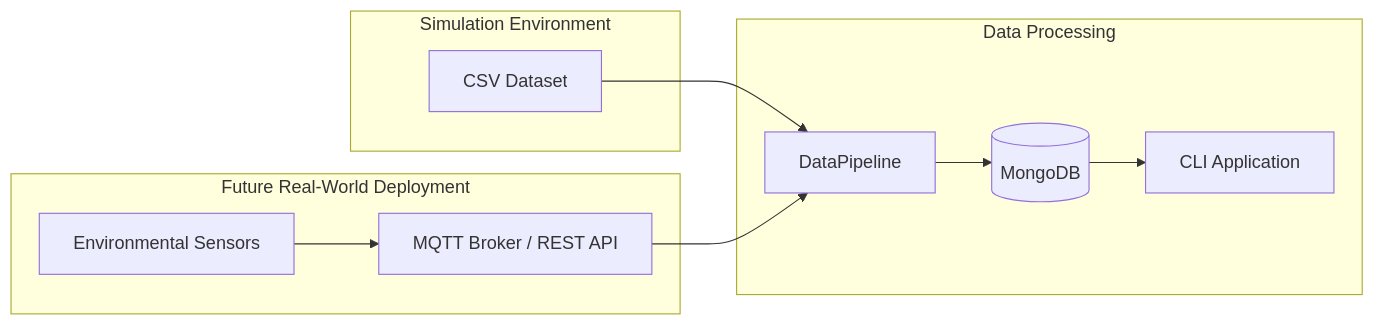
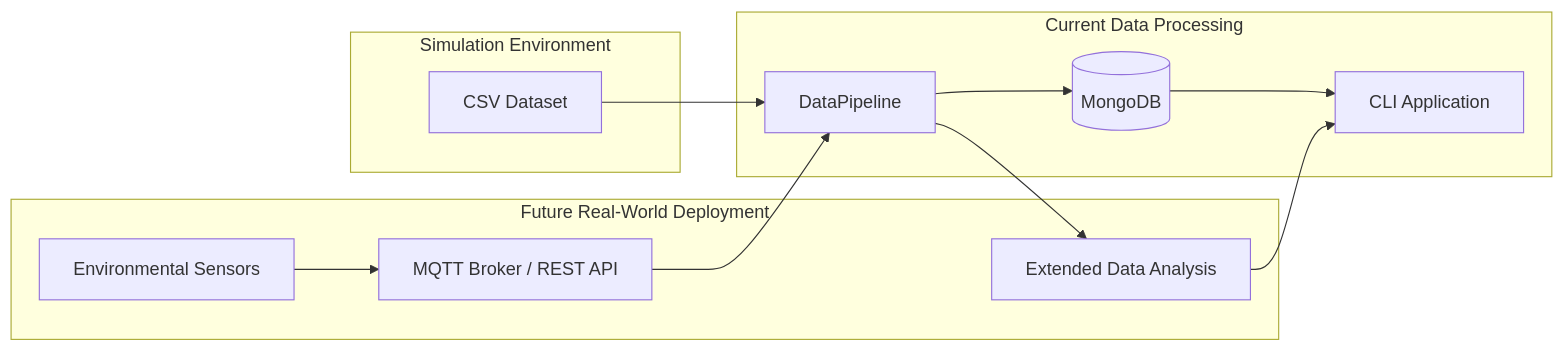
Before and after one commit to tipofyzik/mongodb_for_storing_sensor_data: the second of 2 diagrams in README.md, drawn with Mermaid.

````diff
--- a/README.md
+++ b/README.md
@@ -170,26 +170,29 @@
 ```mermaid
 flowchart LR
 
 subgraph Simulation["Simulation Environment"]
     A[CSV Dataset]
 end
 
-subgraph Processing["Data Processing"]
+subgraph Processing["Current Data Processing"]
     D[DataPipeline]
     E[(MongoDB)]
     F[CLI Application]
     
     D --> E
     E --> F
 end
 
 subgraph Real["Future Real-World Deployment"]
     B[Environmental Sensors]
     C[MQTT Broker / REST API]
+    G[Extended Data Analysis]
     
     B --> C
+    G --> F
 end
 
 A --> D
 C --> D
+D --> G
 ```
````
